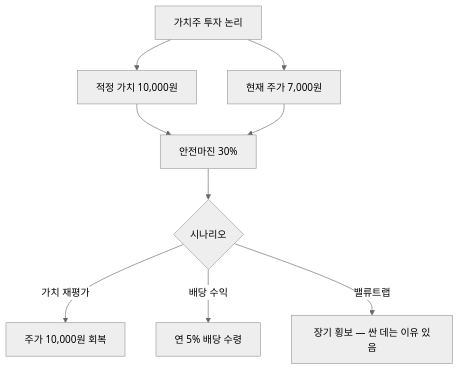
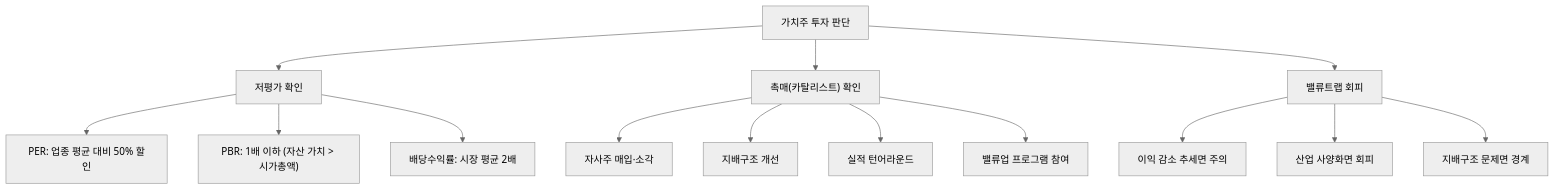
Before and after one commit to yeongseon/stock-visual-note: the diagram in content/stock-terms/ko/level-09-strategy-risk/value-stock.md, drawn with Mermaid (neutral theme). The commit also changed other lines of this file and 9 other files, not shown here.

Commit message:
content: rewrite level-09 (10 articles) — richer diagrams, realistic scenarios, blog tone

````diff
--- a/content/stock-terms/ko/level-09-strategy-risk/value-stock.md
+++ b/content/stock-terms/ko/level-09-strategy-risk/value-stock.md
@@ -42,12 +43,17 @@
 ```mermaid
 graph TD
-    A["가치주 투자 논리"]
-    A --> B["적정 가치 10,000원"]
-    A --> C["현재 주가 7,000원"]
-    B --> D["안전마진 30%"]
-    C --> D
-    D --> E{"시나리오"}
-    E -->|"가치 재평가"| F["주가 10,000원 회복"]
-    E -->|"배당 수익"| G["연 5% 배당 수령"]
-    E -->|"밸류트랩"| H["장기 횡보 — 싼 데는 이유 있음"]
+    A["가치주 투자 판단"]
+    A --> B["저평가 확인"]
+    A --> C["촉매(카탈리스트) 확인"]
+    A --> D["밸류트랩 회피"]
+    B --> B1["PER: 업종 평균 대비 50% 할인"]
+    B --> B2["PBR: 1배 이하 (자산 가치 > 시가총액)"]
+    B --> B3["배당수익률: 시장 평균 2배"]
+    C --> C1["자사주 매입·소각"]
+    C --> C2["지배구조 개선"]
+    C --> C3["실적 턴어라운드"]
+    C --> C4["밸류업 프로그램 참여"]
+    D --> D1["이익 감소 추세면 주의"]
+    D --> D2["산업 사양화면 회피"]
+    D --> D3["지배구조 문제면 경계"]
 ```
````
